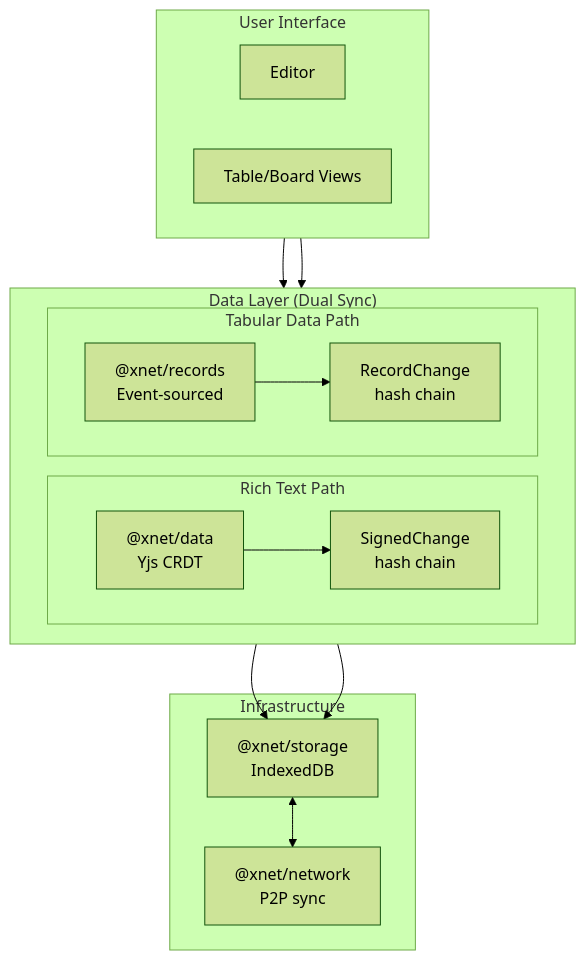
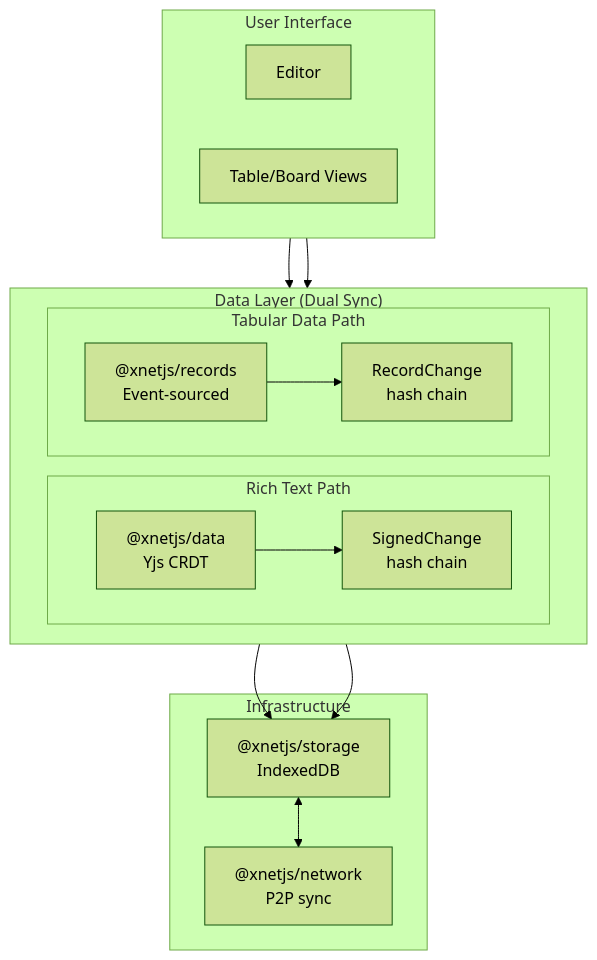
The first of 8 diagrams in docs/explorations/0019_[x]_CODEBASE_REVIEW.md (crs48/xNet), drawn with Mermaid (forest theme) before and after one commit. The commit also changed other lines of this file and 980 other files, not shown here.

````diff
--- a/docs/explorations/0019_[x]_CODEBASE_REVIEW.md
+++ b/docs/explorations/0019_[x]_CODEBASE_REVIEW.md
@@ -64,33 +64,33 @@
 ```mermaid
 flowchart TD
     subgraph UI["User Interface"]
         direction LR
         EDITOR["Editor"]
         TABLE["Table/Board Views"]
     end
 
     subgraph DataLayer["Data Layer (Dual Sync)"]
         direction LR
         subgraph RichText["Rich Text Path"]
-            DATA["@xnet/data<br/>Yjs CRDT"]
+            DATA["@xnetjs/data<br/>Yjs CRDT"]
             SIGNED["SignedChange<br/>hash chain"]
         end
         subgraph Tabular["Tabular Data Path"]
-            RECORDS["@xnet/records<br/>Event-sourced"]
+            RECORDS["@xnetjs/records<br/>Event-sourced"]
             RECOP["RecordChange<br/>hash chain"]
         end
     end
 
     subgraph Infrastructure["Infrastructure"]
-        STORAGE["@xnet/storage<br/>IndexedDB"]
-        NETWORK["@xnet/network<br/>P2P sync"]
+        STORAGE["@xnetjs/storage<br/>IndexedDB"]
+        NETWORK["@xnetjs/network<br/>P2P sync"]
     end
 
     EDITOR --> DATA
     TABLE --> RECORDS
     DATA --> SIGNED
     RECORDS --> RECOP
     SIGNED --> STORAGE
     RECOP --> STORAGE
     STORAGE <--> NETWORK
 ```
````
